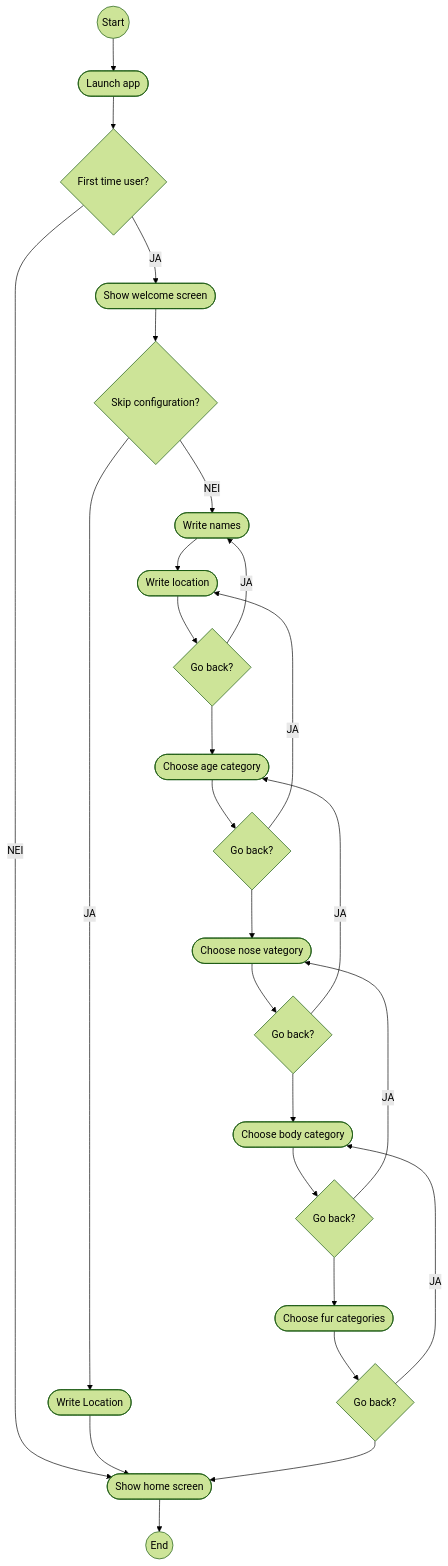
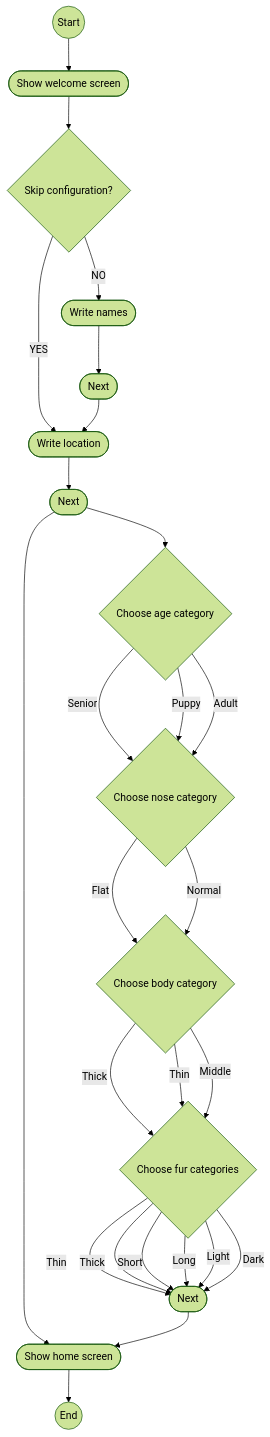
One commit to mathias1601/PawCast changed the first of 3 diagrams in MODELING.md. Above: the diagram before and after it, drawn with Mermaid (forest theme).

`````diff
--- a/MODELING.md
+++ b/MODELING.md
@@ -14,59 +14,57 @@
 ```mermaid
 flowchart TD;
 
     Start((Start))
 
-    AapneApp([Launch app])
-    VisVelkomsskjerm([Show welcome screen])
     SkrivNavn([Write names])
-    VelgAlder([Choose age category])
-    VelgSnute([Choose nose vategory])
-    VelgKropp([Choose body category])
-    VelgPels([Choose fur categories])
+    
+
     GiLokasjon([Write location])
-    GiLokasjonUtenKonfigurasjon([Write Location])
     VisHjemskjerm([Show home screen])
+    Neste([Next])
+    NesteLokasjon([Next])
+    NesteNavn([Next])
+    Velkommen([Show welcome screen])
 
 
-    foerstegangsbruker{First time user?}
     hoppover{Skip configuration?}
-    gaatilbakenavn{Go back?}
-    gaatilbakelokasjon{Go back?}
-    gaatilbakealder{Go back?}
-    gaatilbakesnute{Go back?}
-    gaatilbakekropp{Go back?}
+    VelgAlder{Choose age category}
+    VelgSnute{Choose nose category}
+    VelgKropp{Choose body category}
+    VelgPels{Choose fur categories}
 
-    Start --> AapneApp
-    AapneApp --> foerstegangsbruker
-    foerstegangsbruker --JA--> VisVelkomsskjerm
-    foerstegangsbruker --NEI--> VisHjemskjerm
-    VisVelkomsskjerm --> hoppover
-    hoppover --JA--> GiLokasjonUtenKonfigurasjon
-    GiLokasjonUtenKonfigurasjon --> VisHjemskjerm
-    hoppover --NEI--> SkrivNavn 
+    Start --> Velkommen
+    Velkommen --> hoppover
+    hoppover --YES--> GiLokasjon
+    GiLokasjon --> NesteLokasjon
+    NesteLokasjon --> VisHjemskjerm
+    hoppover --NO--> SkrivNavn 
 
-    SkrivNavn --> GiLokasjon
-    GiLokasjon --> gaatilbakenavn
-    gaatilbakenavn --JA--> SkrivNavn
-    gaatilbakenavn --> VelgAlder
+    SkrivNavn --> NesteNavn
+    NesteNavn --> GiLokasjon
+    NesteLokasjon --> VelgAlder
 
-    VelgAlder --> gaatilbakelokasjon
-    gaatilbakelokasjon --JA--> GiLokasjon
-    gaatilbakelokasjon --> VelgSnute
+    VelgAlder --Senior--> VelgSnute
+    VelgAlder --Puppy--> VelgSnute
+    VelgAlder --Adult--> VelgSnute
 
-    VelgSnute --> gaatilbakealder
-    gaatilbakealder --JA--> VelgAlder
-    gaatilbakealder --> VelgKropp
+    VelgSnute --Flat--> VelgKropp
+    VelgSnute --Normal--> VelgKropp
 
-    VelgKropp --> gaatilbakesnute
-    gaatilbakesnute --JA--> VelgSnute
-    gaatilbakesnute --> VelgPels
+    VelgKropp --Thick--> VelgPels
+    VelgKropp --Thin--> VelgPels
+    VelgKropp --Middle--> VelgPels
 
-    VelgPels --> gaatilbakekropp
-    gaatilbakekropp --JA--> VelgKropp
-    gaatilbakekropp --> VisHjemskjerm
+    VelgPels --Thin--> Neste
+    VelgPels --Thick--> Neste
+    VelgPels --Short--> Neste
+    VelgPels --Long--> Neste
+    VelgPels --Light--> Neste
+    VelgPels --Dark--> Neste
+    Neste --> VisHjemskjerm
+
 
     VisHjemskjerm --> Slutt
 
     Slutt((End))
 ````
`````
